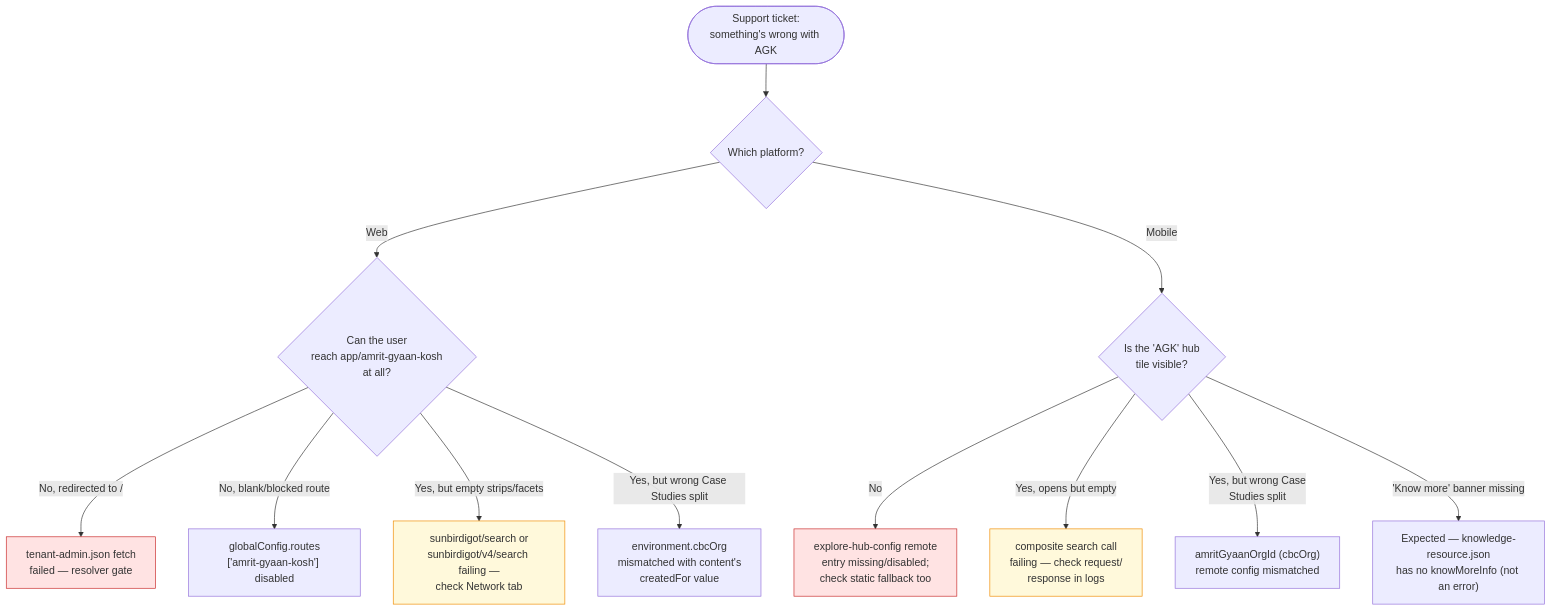
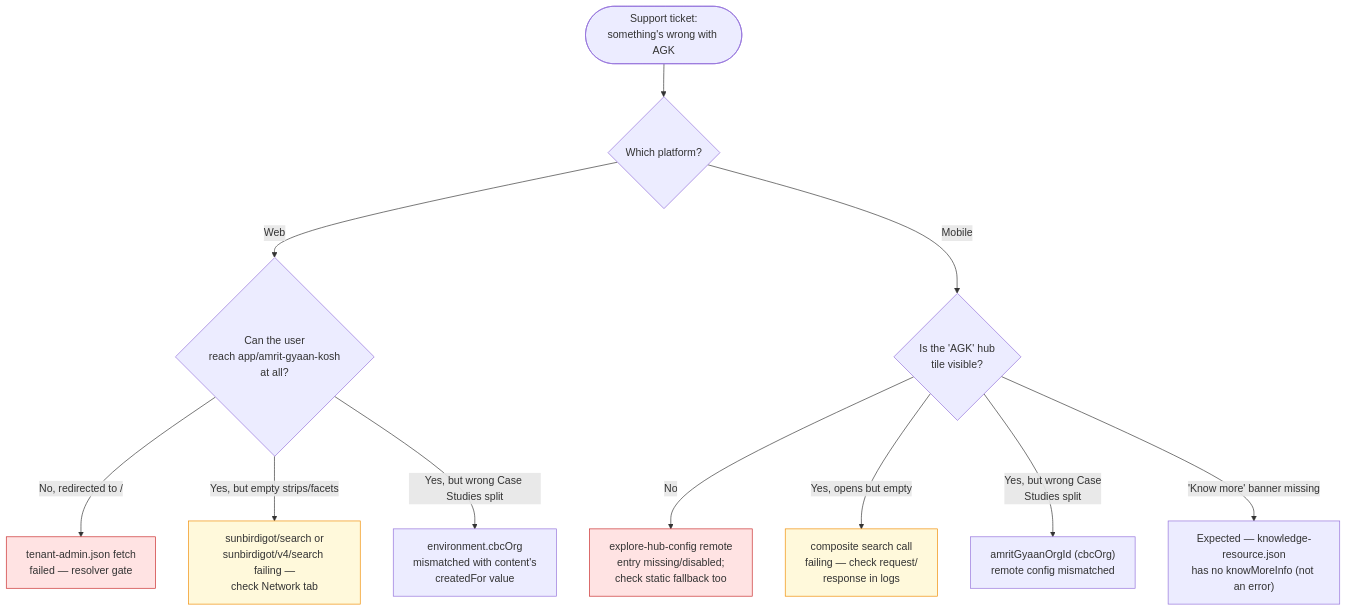
The diagram in docs/learning-hub/amrit-gyaan-kosh/operations-manual.md (KB-iGOT/igot-docs), drawn with Mermaid before and after one commit. The commit also changed other lines of this file and 23 other files, not shown here.

First line of the commit message:
security(3c/7): remove weakness and unprotected-route statements: ai-cbp-tool, amrit-gyaan-kosh, bharat-kalp, learning-pathway

````diff
--- a/docs/learning-hub/amrit-gyaan-kosh/operations-manual.md
+++ b/docs/learning-hub/amrit-gyaan-kosh/operations-manual.md
@@ -66,21 +62,20 @@
 ```mermaid
 flowchart TD
     Start(["Support ticket:\nsomething's wrong with AGK"]) --> Q1{"Which platform?"}
 
     Q1 -- Web --> W1{"Can the user\nreach app/amrit-gyaan-kosh\nat all?"}
     W1 -- "No, redirected to /" --> WS1["tenant-admin.json fetch\nfailed — resolver gate"]
-    W1 -- "No, blank/blocked route" --> WS2["globalConfig.routes\n['amrit-gyaan-kosh'] disabled"]
     W1 -- "Yes, but empty strips/facets" --> WS3["sunbirdigot/search or\nsunbirdigot/v4/search failing —\ncheck Network tab"]
     W1 -- "Yes, but wrong Case Studies split" --> WS4["environment.cbcOrg\nmismatched with content's\ncreatedFor value"]
 
     Q1 -- Mobile --> M1{"Is the 'AGK' hub\ntile visible?"}
     M1 -- No --> MS1["explore-hub-config remote\nentry missing/disabled;\ncheck static fallback too"]
     M1 -- "Yes, opens but empty" --> MS2["composite search call\nfailing — check request/\nresponse in logs"]
     M1 -- "Yes, but wrong Case\nStudies split" --> MS3["amritGyaanOrgId (cbcOrg)\nremote config mismatched"]
     M1 -- "'Know more' banner missing" --> MS4["Expected — knowledge-resource.json\nhas no knowMoreInfo (not an error)"]
 
     style WS1 fill:#ffe3e3,stroke:#c92a2a
     style MS1 fill:#ffe3e3,stroke:#c92a2a
     style WS3 fill:#fff9db,stroke:#f08c00
     style MS2 fill:#fff9db,stroke:#f08c00
 ```
````
